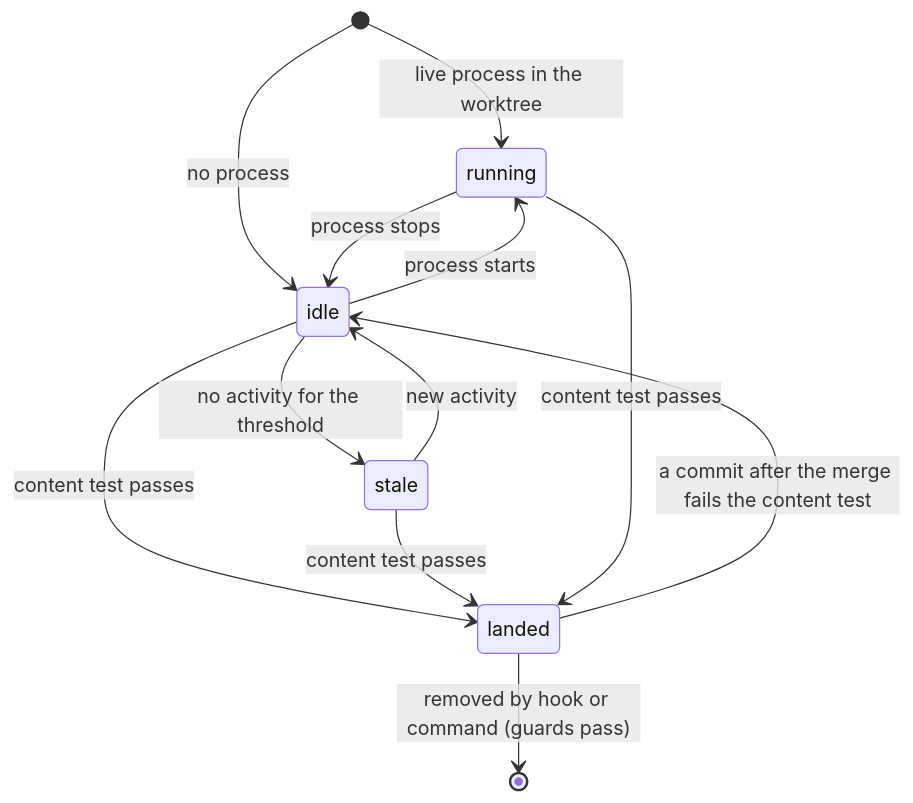
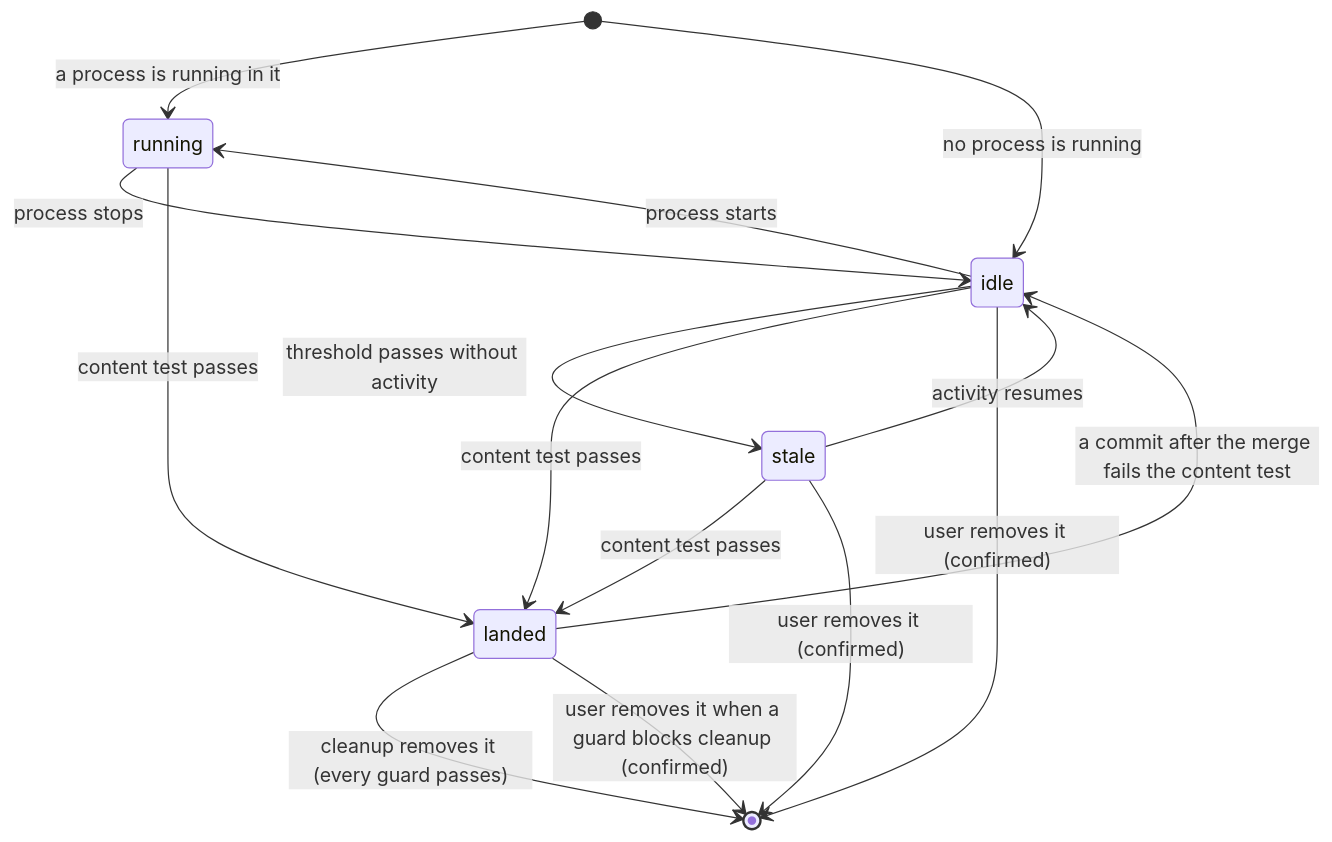
One commit to kirinmurphy/roborepo changed the second of 4 diagrams in docs/plans/backlog/git-worktree-lifecycle-cleanup.md. Above: the diagram before and after it, drawn with Mermaid. The commit also changed other lines of this file and 1 other file, not shown here.

````diff
--- a/docs/plans/backlog/git-worktree-lifecycle-cleanup.md
+++ b/docs/plans/backlog/git-worktree-lifecycle-cleanup.md
@@ -160,14 +230,17 @@
 ```mermaid
 stateDiagram-v2
-    [*] --> running: live process in the worktree
-    [*] --> idle: no process
+    [*] --> running: a process is running in it
+    [*] --> idle: no process is running
     running --> idle: process stops
     idle --> running: process starts
-    idle --> stale: no activity for the threshold
-    stale --> idle: new activity
+    idle --> stale: threshold passes without activity
+    stale --> idle: activity resumes
     idle --> landed: content test passes
     stale --> landed: content test passes
     running --> landed: content test passes
     landed --> idle: a commit after the merge fails the content test
-    landed --> [*]: removed by hook or command (guards pass)
+    landed --> [*]: cleanup removes it (every guard passes)
+    idle --> [*]: user removes it (confirmed)
+    stale --> [*]: user removes it (confirmed)
+    landed --> [*]: user removes it when a guard blocks cleanup (confirmed)
 ```
````
